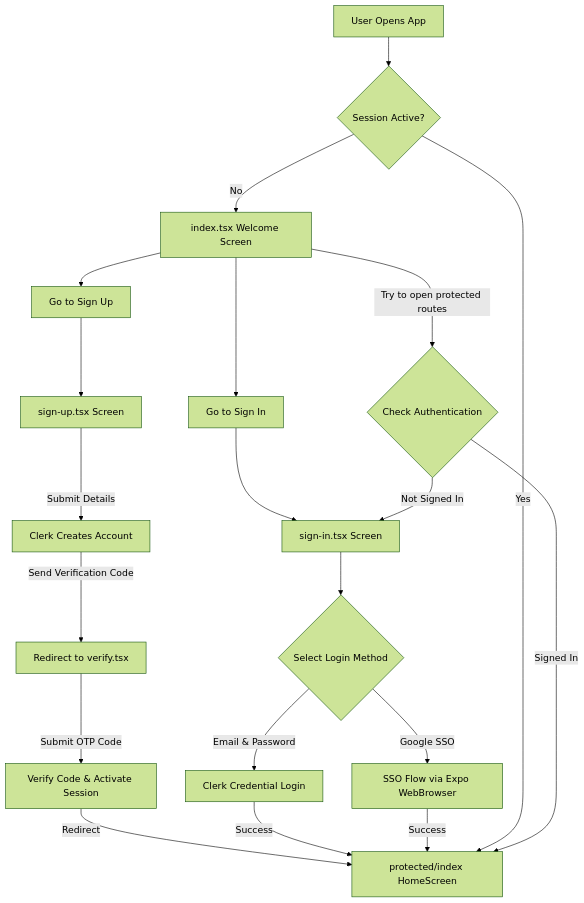
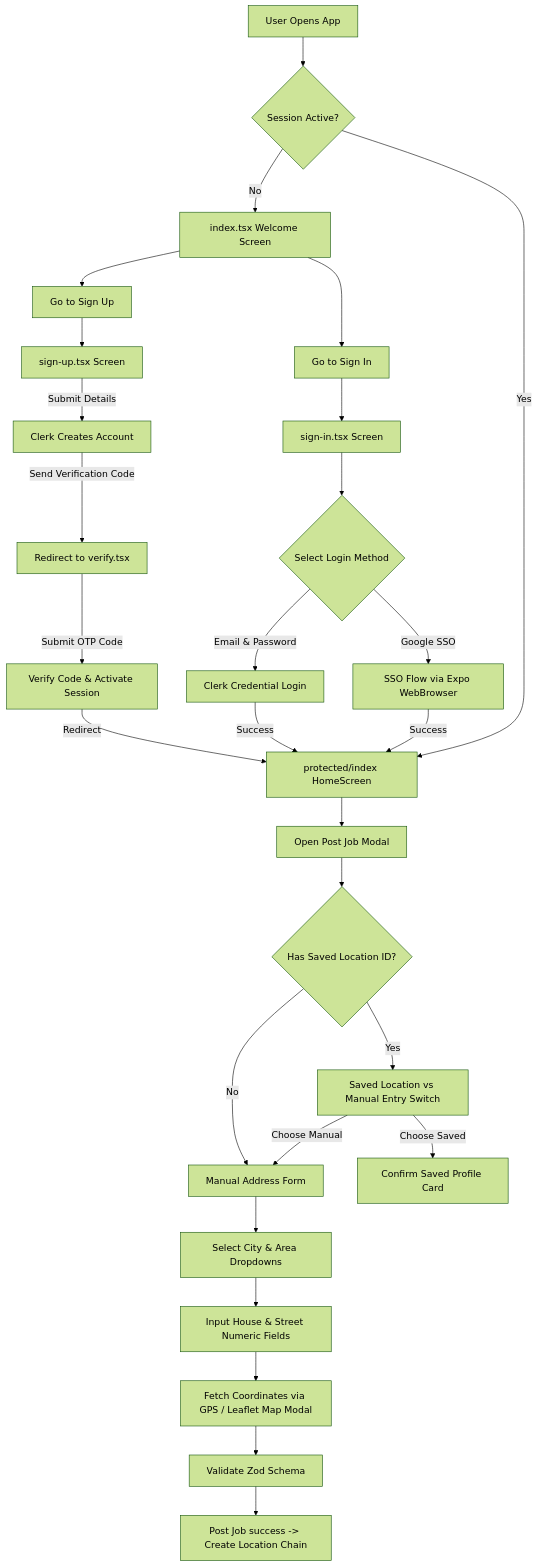
Before and after one commit to Shawaiz788/KaamKrwao: the diagram in README.md, drawn with Mermaid (forest theme). The commit also changed other lines of this file, not shown here.

````diff
--- a/README.md
+++ b/README.md
@@ -36,33 +41,43 @@
 ```mermaid
 graph TD
     A[User Opens App] --> B{Session Active?}
     
     %% Welcome/Root Flow
     B -- No --> C[index.tsx Welcome Screen]
     C --> D[Go to Sign In]
     C --> E[Go to Sign Up]
     
     %% Sign Up & Verification Flow
     E --> F[sign-up.tsx Screen]
     F -->|Submit Details| G[Clerk Creates Account]
     G -->|Send Verification Code| H[Redirect to verify.tsx]
     H -->|Submit OTP Code| I[Verify Code & Activate Session]
     I -->|Redirect| J[protected/index HomeScreen]
     
     %% Sign In & SSO Flow
     D --> K[sign-in.tsx Screen]
     K --> L{Select Login Method}
     L -- Email & Password --> M[Clerk Credential Login]
     L -- Google SSO --> N[SSO Flow via Expo WebBrowser]
     
     M -- Success --> J
     N -- Success --> J
     
     %% Protected Route Guards
     B -- Yes --> J
     
-    %% Direct access attempt to protected route
-    C -->|Try to open protected routes| O{Check Authentication}
-    O -- Signed In --> J
-    O -- Not Signed In --> K
+    %% Post Job Location Flow
+    J --> P[Open Post Job Modal]
+    P --> Q{Has Saved Location ID?}
+    Q -- Yes --> R[Saved Location vs Manual Entry Switch]
+    Q -- No --> S[Manual Address Form]
+    
+    R -->|Choose Saved| T[Confirm Saved Profile Card]
+    R -->|Choose Manual| S
+    
+    S --> U[Select City & Area Dropdowns]
+    U --> V[Input House & Street Numeric Fields]
+    V --> W[Fetch Coordinates via GPS / Leaflet Map Modal]
+    W --> X[Validate Zod Schema]
+    X --> Y[Post Job success -> Create Location Chain]
 ```
````
